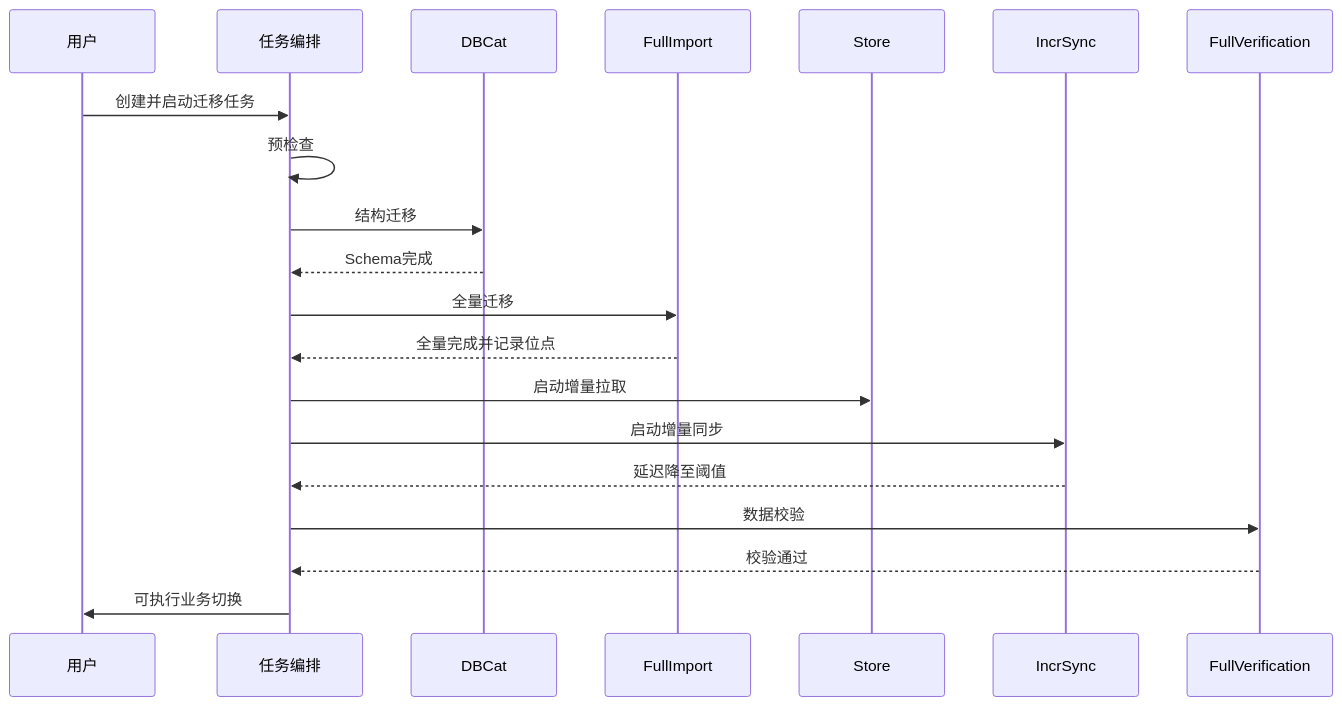
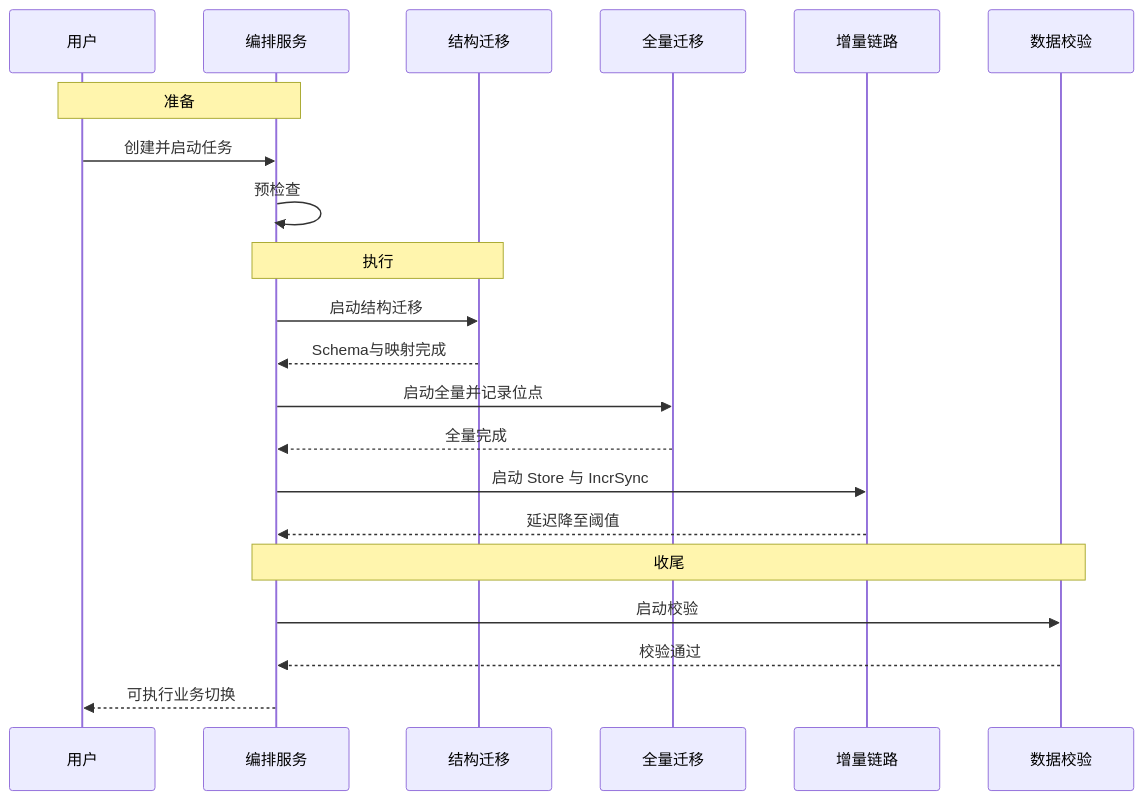
The diagram in doc/diagrams/fig5-4-sequence.mmd (program231/design), drawn with Mermaid before and after one commit. The commit also changed 16 other files, not shown here.

First line of the commit message:
docs: 清理外部工具关联并优化流程/模块图

```diff
--- a/doc/diagrams/fig5-4-sequence.mmd
+++ b/doc/diagrams/fig5-4-sequence.mmd
@@ -1,21 +1,24 @@
 sequenceDiagram
-    participant User as 用户
-    participant Orch as 任务编排
-    participant DBCat as DBCat
-    participant Full as FullImport
-    participant Store as Store
-    participant Incr as IncrSync
-    participant Verify as FullVerification
+    participant U as 用户
+    participant O as 编排服务
+    participant S as 结构迁移
+    participant F as 全量迁移
+    participant I as 增量链路
+    participant V as 数据校验
 
-    User->>Orch: 创建并启动迁移任务
-    Orch->>Orch: 预检查
-    Orch->>DBCat: 结构迁移
-    DBCat-->>Orch: Schema完成
-    Orch->>Full: 全量迁移
-    Full-->>Orch: 全量完成并记录位点
-    Orch->>Store: 启动增量拉取
-    Orch->>Incr: 启动增量同步
-    Incr-->>Orch: 延迟降至阈值
-    Orch->>Verify: 数据校验
-    Verify-->>Orch: 校验通过
-    Orch->>User: 可执行业务切换
+    Note over U,O: 准备
+    U->>O: 创建并启动任务
+    O->>O: 预检查
+
+    Note over O,S: 执行
+    O->>S: 启动结构迁移
+    S-->>O: Schema与映射完成
+    O->>F: 启动全量并记录位点
+    F-->>O: 全量完成
+    O->>I: 启动 Store 与 IncrSync
+    I-->>O: 延迟降至阈值
+
+    Note over O,V: 收尾
+    O->>V: 启动校验
+    V-->>O: 校验通过
+    O-->>U: 可执行业务切换
```
